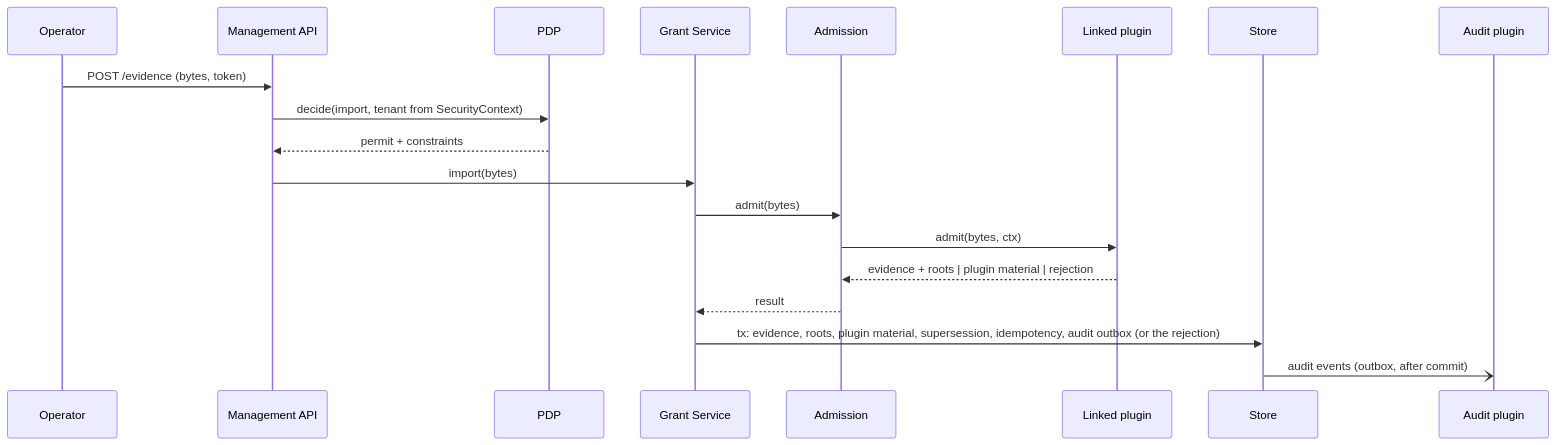
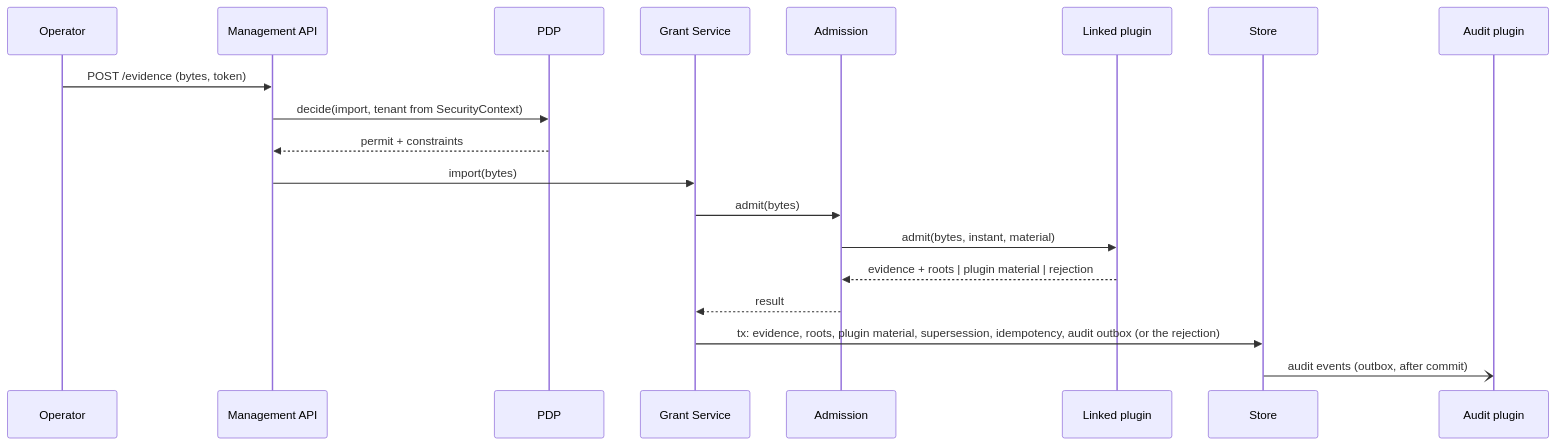
The fifth of 5 diagrams in gears/system/license-enforcement/docs/DESIGN.md (AndIConstructor/gears-rust), drawn with Mermaid before and after one commit. The commit also changed other lines of this file and 8 other files, not shown here.

````diff
--- a/gears/system/license-enforcement/docs/DESIGN.md
+++ b/gears/system/license-enforcement/docs/DESIGN.md
@@ -915,21 +920,21 @@
 ```mermaid
 sequenceDiagram
     participant O as Operator
     participant API as Management API
     participant P as PDP
     participant G as Grant Service
     participant AD as Admission
     participant PL as Linked plugin
     participant S as Store
     participant AU as Audit plugin
     O ->> API: POST /evidence (bytes, token)
     API ->> P: decide(import, tenant from SecurityContext)
     P -->> API: permit + constraints
     API ->> G: import(bytes)
     G ->> AD: admit(bytes)
-    AD ->> PL: admit(bytes, ctx)
+    AD ->> PL: admit(bytes, instant, material)
     PL -->> AD: evidence + roots | plugin material | rejection
     AD -->> G: result
     G ->> S: tx: evidence, roots, plugin material, supersession, idempotency, audit outbox (or the rejection)
     S -) AU: audit events (outbox, after commit)
 ```
````
